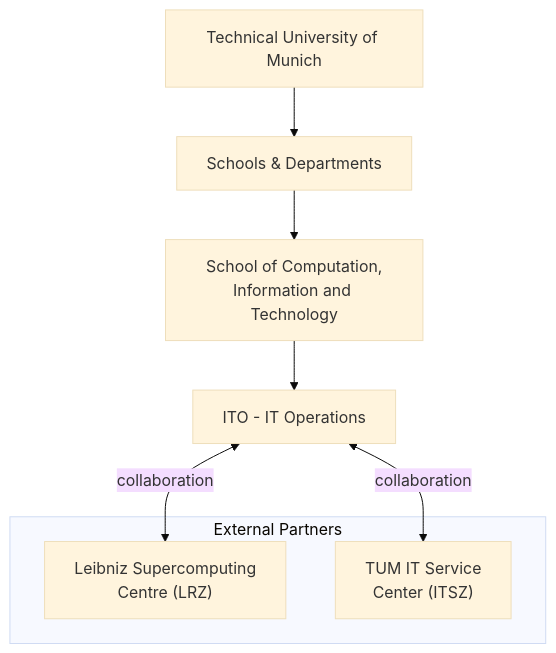
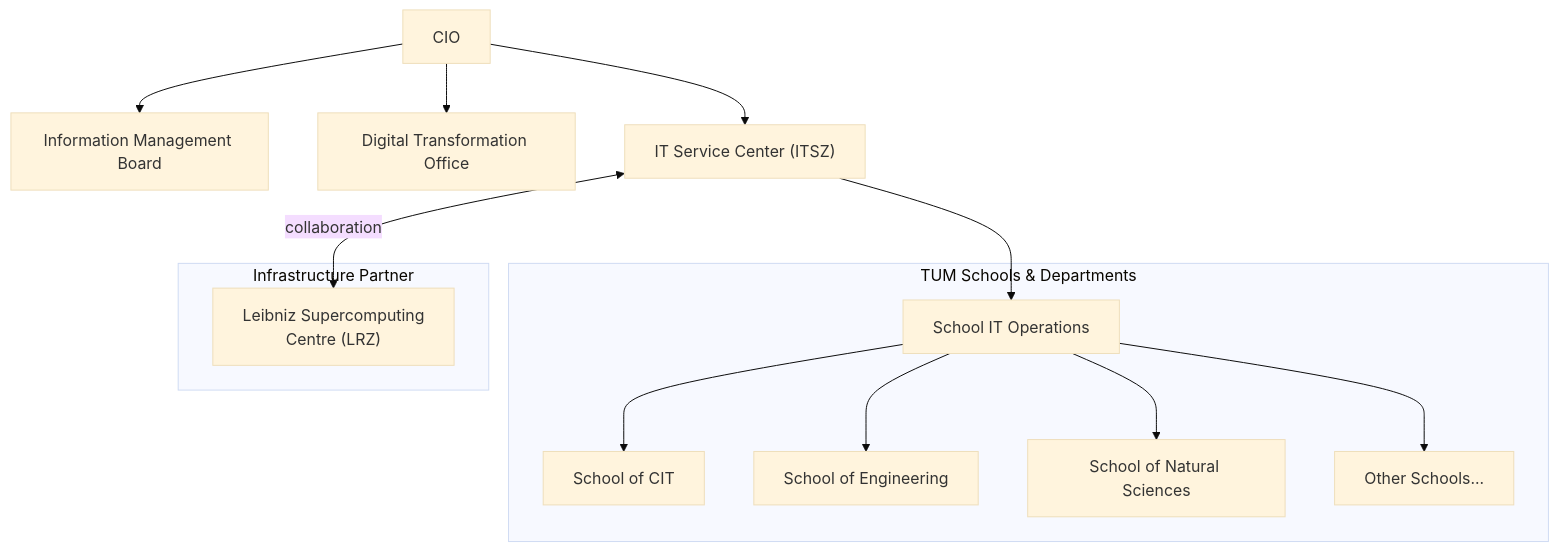
The first of 2 diagrams in en/chapters/01-organization.qmd (jtimo/tum-ito-admin-guide), drawn with Mermaid (base theme) before and after one commit. The commit also changed other lines of this file and 21 other files, not shown here.

````diff
--- a/en/chapters/01-organization.qmd
+++ b/en/chapters/01-organization.qmd
@@ -9,16 +9,23 @@
 ```{mermaid}
-%%| fig-cap: "ITO Organizational Position"
+%%| fig-cap: "TUM IT Organizational Structure"
 flowchart TB
-    TUM["Technical University of Munich"]
-    TUM --> Schools["Schools & Departments"]
-    Schools --> CIT["School of Computation,<br/>Information and Technology"]
-    CIT --> ITO["ITO - IT Operations"]
+    CIO["CIO"]
+    CIO --> IMB["Information Management Board"]
+    CIO --> DXO["Digital Transformation Office"]
+    CIO --> ITSZ["IT Service Center (ITSZ)"]
 
-    subgraph External["External Partners"]
-        LRZ["Leibniz Supercomputing<br/>Centre (LRZ)"]
-        ITSZ["TUM IT Service<br/>Center (ITSZ)"]
+    ITSZ --> Schools["School IT Operations"]
+
+    subgraph TUMSchools["TUM Schools & Departments"]
+        Schools --> CIT["School of CIT"]
+        Schools --> ENG["School of Engineering"]
+        Schools --> NAT["School of Natural Sciences"]
+        Schools --> OTHER["Other Schools..."]
     end
 
-    ITO <--> |collaboration| LRZ
-    ITO <--> |collaboration| ITSZ
+    subgraph External["Infrastructure Partner"]
+        LRZ["Leibniz Supercomputing<br/>Centre (LRZ)"]
+    end
+
+    ITSZ <--> |collaboration| LRZ
 ```
````
